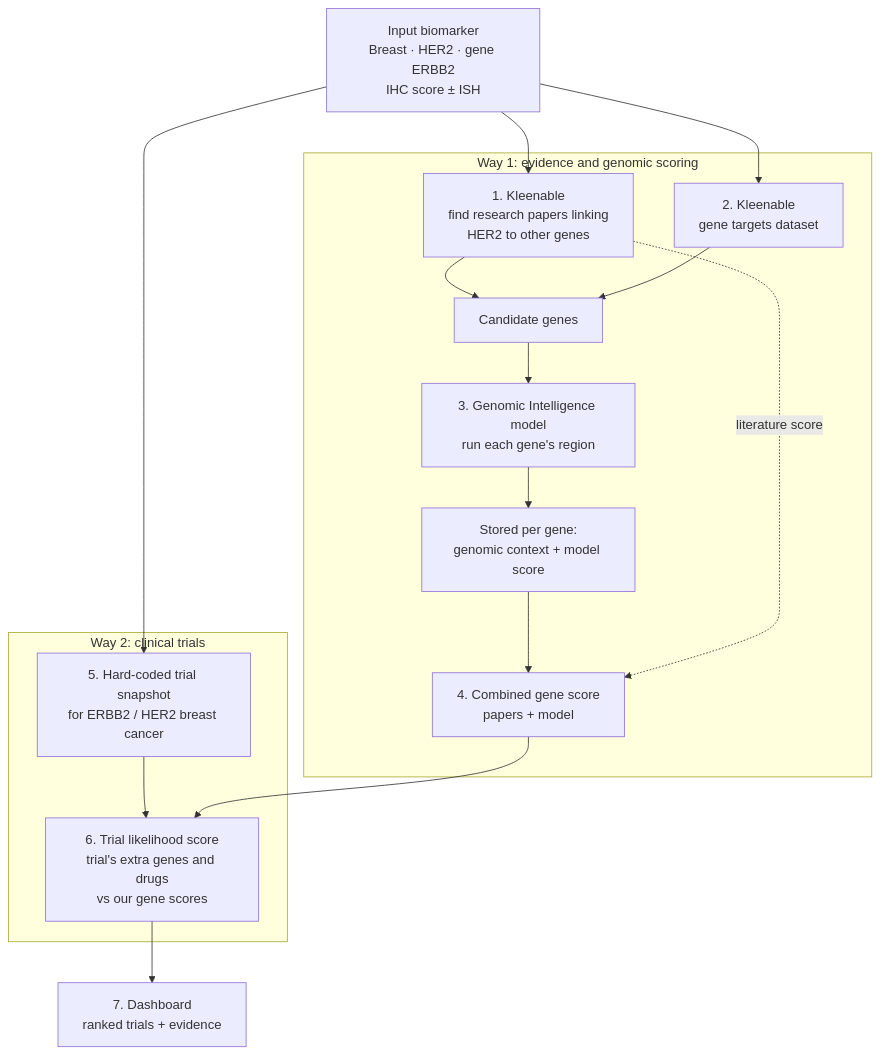
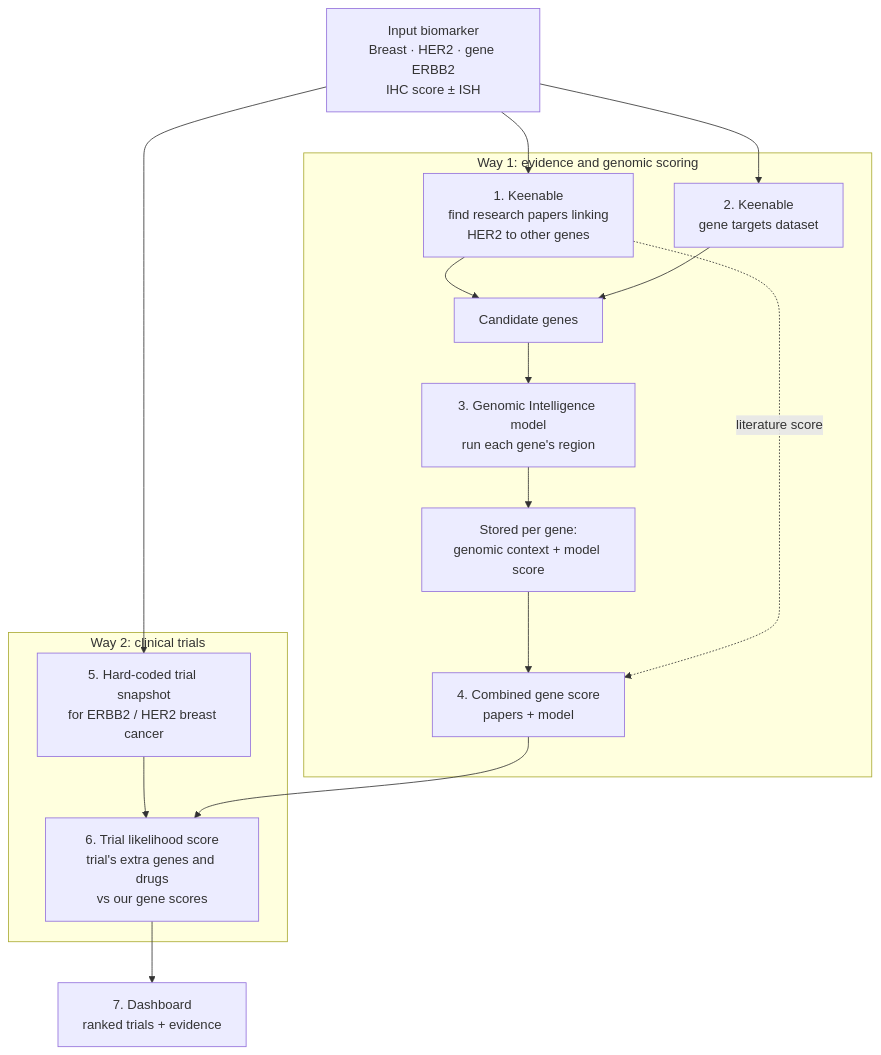
Before and after one commit to Contactashmeetsingh/B5-hackers: the first of 3 diagrams in HUMAN.md, drawn with Mermaid. The commit also changed other lines of this file and 3 other files, not shown here.

First line of the commit message:
Rename Kleenable to Keenable across docs, schema and cache

````diff
--- a/HUMAN.md
+++ b/HUMAN.md
@@ -11,29 +11,29 @@
 ```mermaid
 flowchart TD
     IN["Input biomarker<br/>Breast · HER2 · gene ERBB2<br/>IHC score ± ISH"]
 
     subgraph W1["Way 1: evidence and genomic scoring"]
-        P["1. Kleenable<br/>find research papers linking<br/>HER2 to other genes"]
-        G["2. Kleenable<br/>gene targets dataset"]
+        P["1. Keenable<br/>find research papers linking<br/>HER2 to other genes"]
+        G["2. Keenable<br/>gene targets dataset"]
         C["Candidate genes"]
         M["3. Genomic Intelligence model<br/>run each gene's region"]
         S1["Stored per gene:<br/>genomic context + model score"]
         GS["4. Combined gene score<br/>papers + model"]
         P --> C
         G --> C
         C --> M --> S1 --> GS
         P -. "literature score" .-> GS
     end
 
     subgraph W2["Way 2: clinical trials"]
         T["5. Hard-coded trial snapshot<br/>for ERBB2 / HER2 breast cancer"]
         TS["6. Trial likelihood score<br/>trial's extra genes and drugs<br/>vs our gene scores"]
         T --> TS
     end
 
     IN --> P
     IN --> G
     IN --> T
     GS --> TS
     TS --> D["7. Dashboard<br/>ranked trials + evidence"]
 ```
````
